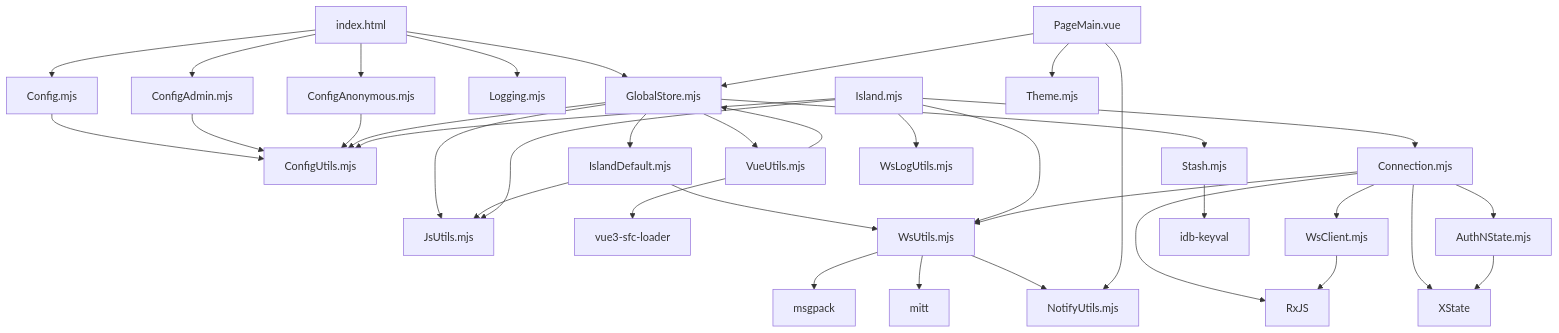
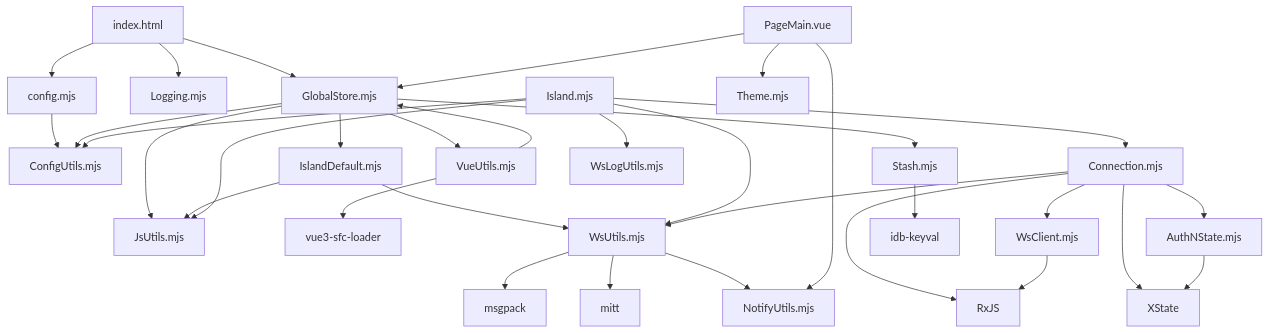
One commit to c0ckp1t/c0ckp1t-webroot changed the diagram in docs/assets/module-dependecy.mmd. Above: the diagram before and after it, drawn with Mermaid. The commit also changed 27 other files, not shown here.

```diff
--- a/docs/assets/module-dependecy.mmd
+++ b/docs/assets/module-dependecy.mmd
@@ -1,52 +1,46 @@
 graph TD
     HTML["index.html"]
-    CONFIG["Config.mjs"]
-    CA["ConfigAdmin.mjs"]
-    CANON["ConfigAnonymous.mjs"]
+    CONFIG["config.mjs"]
 
     HTML --> CONFIG
-    HTML --> CA
-    HTML --> CANON
     HTML --> LOG["Logging.mjs"]
     HTML --> GS["GlobalStore.mjs"]
 
     CONFIG --> CU["ConfigUtils.mjs"]
-    CA --> CU
-    CANON --> CU
 
     GS --> VU["VueUtils.mjs"]
     GS --> CU
     GS --> ID["IslandDefault.mjs"]
     GS --> STASH["Stash.mjs"]
     GS --> JU["JsUtils.mjs"]
 
     VU --> SFC["vue3-sfc-loader"]
     VU --> GS
 
     ID --> WU["WsUtils.mjs"]
     ID --> JU
 
     IS["Island.mjs"] --> CONN["Connection.mjs"]
     IS --> WU
     IS --> CU
     IS --> JU
     IS --> WLOG["WsLogUtils.mjs"]
 
     CONN --> WC["WsClient.mjs"]
     CONN --> AUTH["AuthNState.mjs"]
     CONN --> WU
     CONN --> RXJS["RxJS"]
     CONN --> XST["XState"]
 
     WC --> RXJS
     AUTH --> XST
 
     WU --> MSGPACK["msgpack"]
     WU --> MITT["mitt"]
     WU --> NU["NotifyUtils.mjs"]
 
     STASH --> IDB["idb-keyval"]
 
     PM["PageMain.vue"] --> GS
     PM --> TH["Theme.mjs"]
     PM --> NU
```
